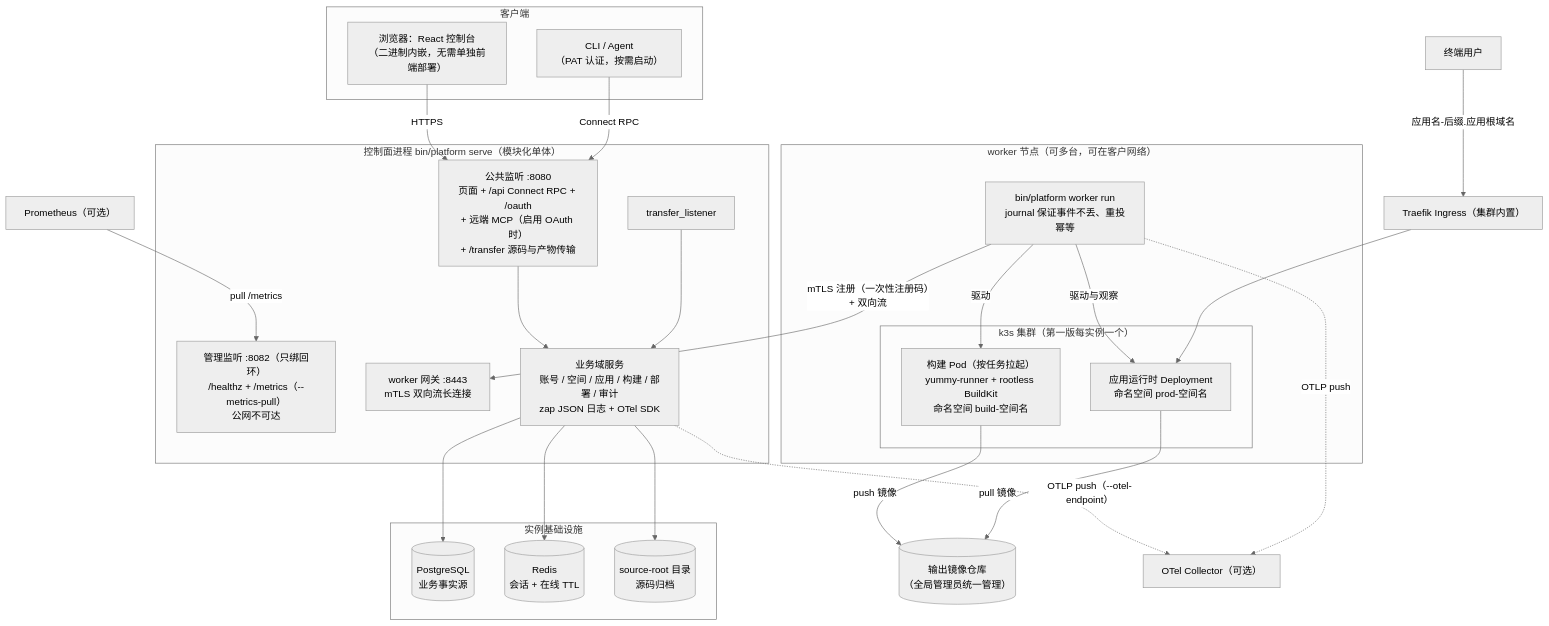
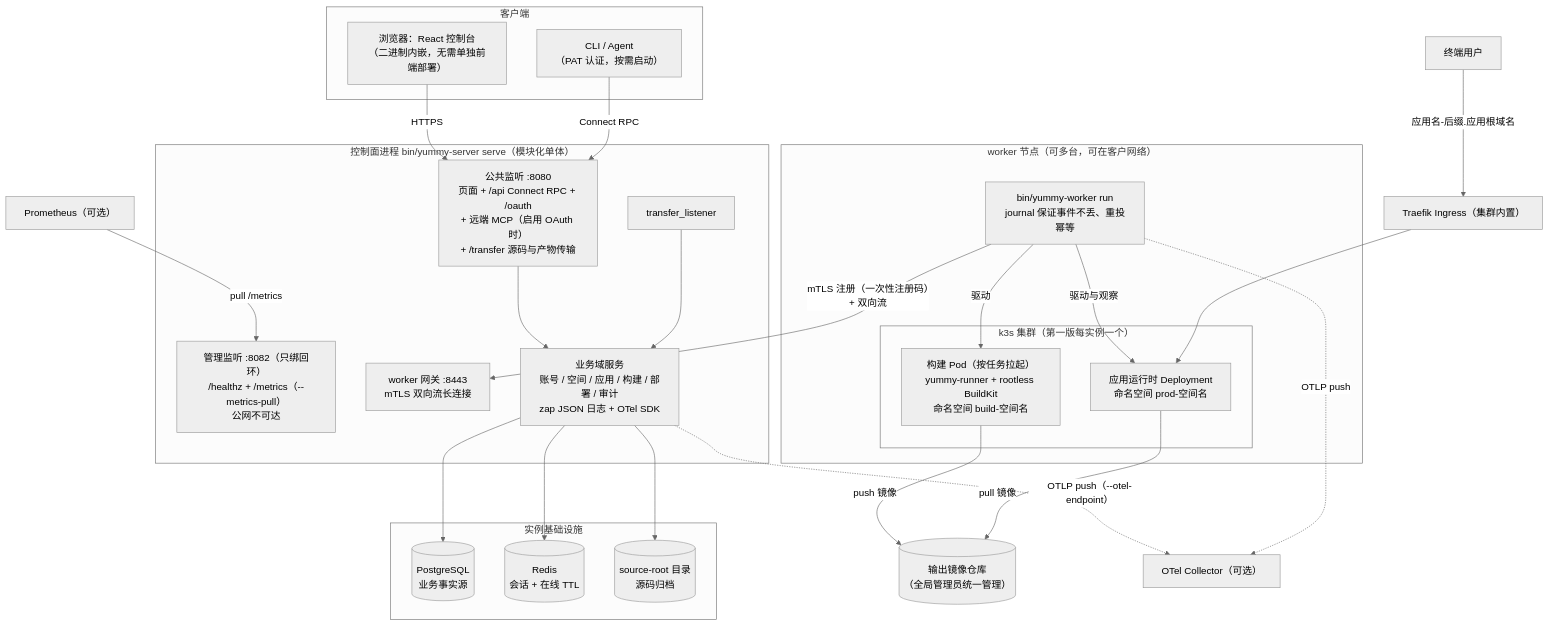
Before and after one commit to sunshanpeng/yummy: the first of 2 diagrams in docs/architecture.md, drawn with Mermaid (neutral theme). The commit also changed other lines of this file and 55 other files, not shown here.

````diff
--- a/docs/architecture.md
+++ b/docs/architecture.md
@@ -7,51 +7,51 @@
 ```mermaid
 flowchart TB
     subgraph clients["客户端"]
         browser["浏览器：React 控制台<br/>（二进制内嵌，无需单独前端部署）"]
         agent["CLI / Agent<br/>（PAT 认证，按需启动）"]
     end
 
-    subgraph control["控制面进程 bin/platform serve（模块化单体）"]
+    subgraph control["控制面进程 bin/yummy-server serve（模块化单体）"]
         public_listener["公共监听 :8080<br/>页面 + /api Connect RPC + /oauth<br/>+ 远端 MCP（启用 OAuth 时）<br/>+ /transfer 源码与产物传输"]
         admin_listener["管理监听 :8082（只绑回环）<br/>/healthz + /metrics（--metrics-pull）<br/>公网不可达"]
         worker_listener["worker 网关 :8443<br/>mTLS 双向流长连接"]
         services["业务域服务<br/>账号 / 空间 / 应用 / 构建 / 部署 / 审计<br/>zap JSON 日志 + OTel SDK"]
         public_listener --> services
         transfer_listener --> services
     end
 
     subgraph instance_infra["实例基础设施"]
         pg[("PostgreSQL<br/>业务事实源")]
         redis[("Redis<br/>会话 + 在线 TTL")]
         sourcedir[("source-root 目录<br/>源码归档")]
     end
 
     subgraph worker_node["worker 节点（可多台，可在客户网络）"]
-        workerproc["bin/platform worker run<br/>journal 保证事件不丢、重投幂等"]
+        workerproc["bin/yummy-worker run<br/>journal 保证事件不丢、重投幂等"]
         subgraph k3s["k3s 集群（第一版每实例一个）"]
             buildpod["构建 Pod（按任务拉起）<br/>yummy-runner + rootless BuildKit<br/>命名空间 build-空间名"]
             apprt["应用运行时 Deployment<br/>命名空间 prod-空间名"]
         end
     end
 
     registry[("输出镜像仓库<br/>（全局管理员统一管理）")]
     traefik["Traefik Ingress（集群内置）"]
     collector["OTel Collector（可选）"]
     prometheus["Prometheus（可选）"]
 
     browser -->|"HTTPS"| public_listener
     agent -->|"Connect RPC"| public_listener
     services --> pg
     services --> redis
     services --> sourcedir
     workerproc -->|"mTLS 注册（一次性注册码）+ 双向流"| worker_listener
     workerproc -->|"驱动"| buildpod
     workerproc -->|"驱动与观察"| apprt
     buildpod -->|"push 镜像"| registry
     apprt -->|"pull 镜像"| registry
     visitors["终端用户"] -->|"应用名-后缀.应用根域名"| traefik
     traefik --> apprt
     prometheus -->|"pull /metrics"| admin_listener
     services -.->|"OTLP push（--otel-endpoint）"| collector
     workerproc -.->|"OTLP push"| collector
 ```
````
